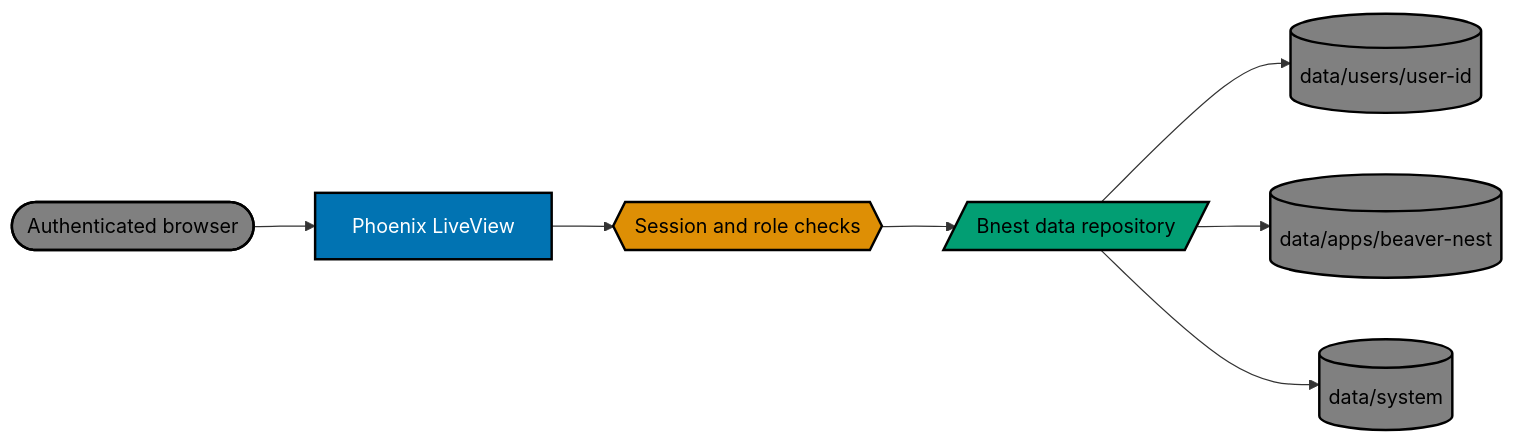
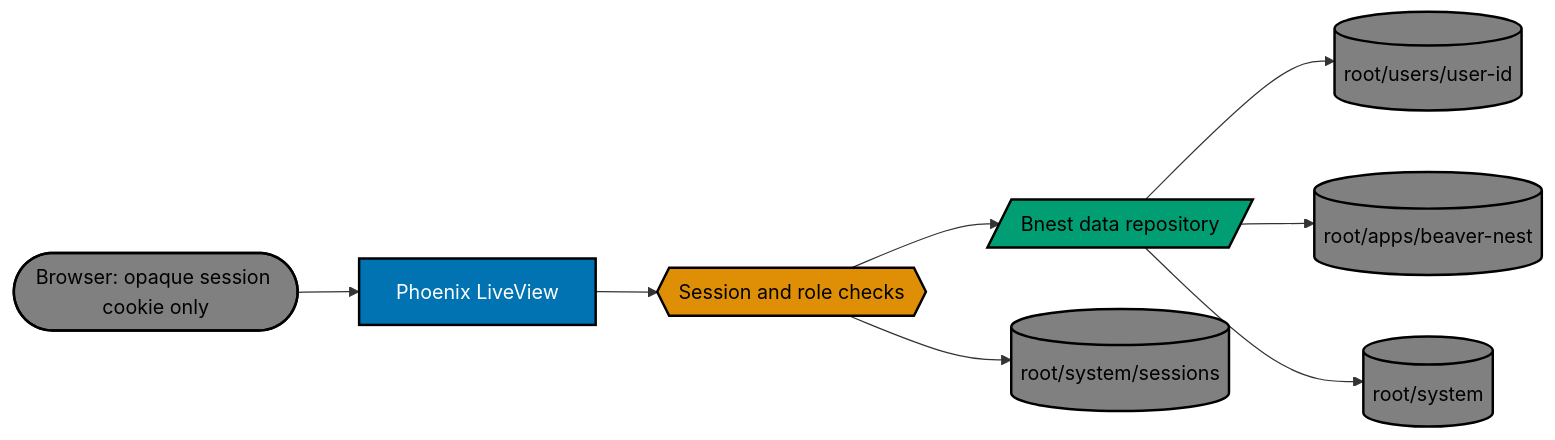
Before and after one commit to wahidyankf/beaver-nest: the first of 2 diagrams in plans/backlogs/bnest-centralized-data/tech-docs.md, drawn with Mermaid. The commit also changed other lines of this file and 18 other files, not shown here.

````diff
--- a/plans/backlogs/bnest-centralized-data/tech-docs.md
+++ b/plans/backlogs/bnest-centralized-data/tech-docs.md
@@ -13,21 +13,23 @@
 ```mermaid
 flowchart LR
   %% Accessible palette: blue #0173B2, orange #DE8F05, teal #029E73, gray #808080
-  Browser([Authenticated browser]):::gray
+  Browser([Browser: opaque session cookie only]):::gray
   LiveView[Phoenix LiveView]:::blue
   Auth{{Session and role checks}}:::orange
   Repository[/Bnest data repository/]:::teal
-  UserData[(data/users/user-id)]:::gray
-  AppData[(data/apps/beaver-nest)]:::gray
-  SystemData[(data/system)]:::gray
+  UserData[(root/users/user-id)]:::gray
+  AppData[(root/apps/beaver-nest)]:::gray
+  SystemData[(root/system)]:::gray
+  SessionData[(root/system/sessions)]:::gray
 
   Browser --> LiveView --> Auth --> Repository
+  Auth --> SessionData
   Repository --> UserData
   Repository --> AppData
   Repository --> SystemData
 
   classDef blue fill:#0173B2,stroke:#000000,color:#FFFFFF,stroke-width:2px
   classDef orange fill:#DE8F05,stroke:#000000,color:#000000,stroke-width:2px
   classDef teal fill:#029E73,stroke:#000000,color:#000000,stroke-width:2px
   classDef gray fill:#808080,stroke:#000000,color:#000000,stroke-width:2px
 ```
````
